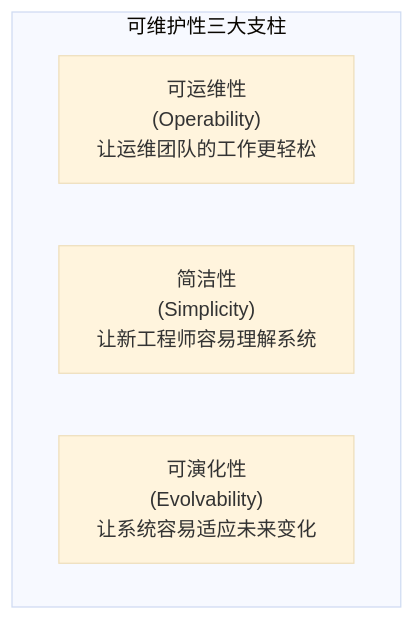
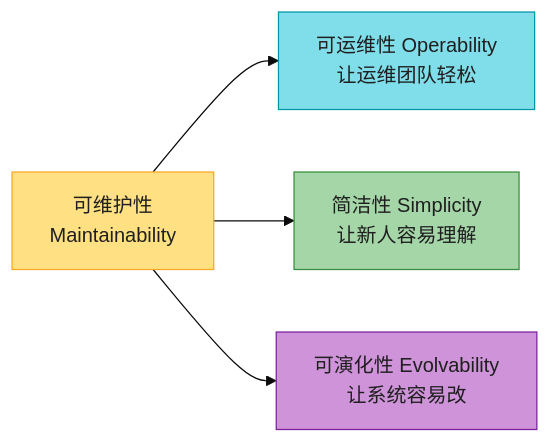
Before and after one commit to socoo123/ddia_2nd: diagram 15 of 18 in ch02-定义非功能性需求.md, drawn with Mermaid (base theme). The commit also changed other lines of this file and 8 other files, not shown here.

First line of the commit message:
重写 ch01-ch09 读书笔记：风格统一 + 内容扩充 + 大量图表

````diff
--- a/ch02-定义非功能性需求.md
+++ b/ch02-定义非功能性需求.md
@@ -439,8 +735,16 @@
 ```mermaid
-graph TB
-    subgraph Maintainability["可维护性三大支柱"]
-        OP["可运维性<br/>(Operability)<br/>让运维团队的工作更轻松"]
-        SIM["简洁性<br/>(Simplicity)<br/>让新工程师容易理解系统"]
-        EVO["可演化性<br/>(Evolvability)<br/>让系统容易适应未来变化"]
-    end
+flowchart LR
+    ROOT["可维护性<br/>Maintainability"]
+    OP["可运维性 Operability<br/>让运维团队轻松"]
+    SIM["简洁性 Simplicity<br/>让新人容易理解"]
+    EVO["可演化性 Evolvability<br/>让系统容易改"]
+
+    ROOT --> OP
+    ROOT --> SIM
+    ROOT --> EVO
+
+    style ROOT fill:#FFE082,stroke:#F9A825,color:#1f1f1f
+    style OP fill:#80DEEA,stroke:#0097A7,color:#1f1f1f
+    style SIM fill:#A5D6A7,stroke:#388E3C,color:#1f1f1f
+    style EVO fill:#CE93D8,stroke:#7B1FA2,color:#1f1f1f
 ```
````
